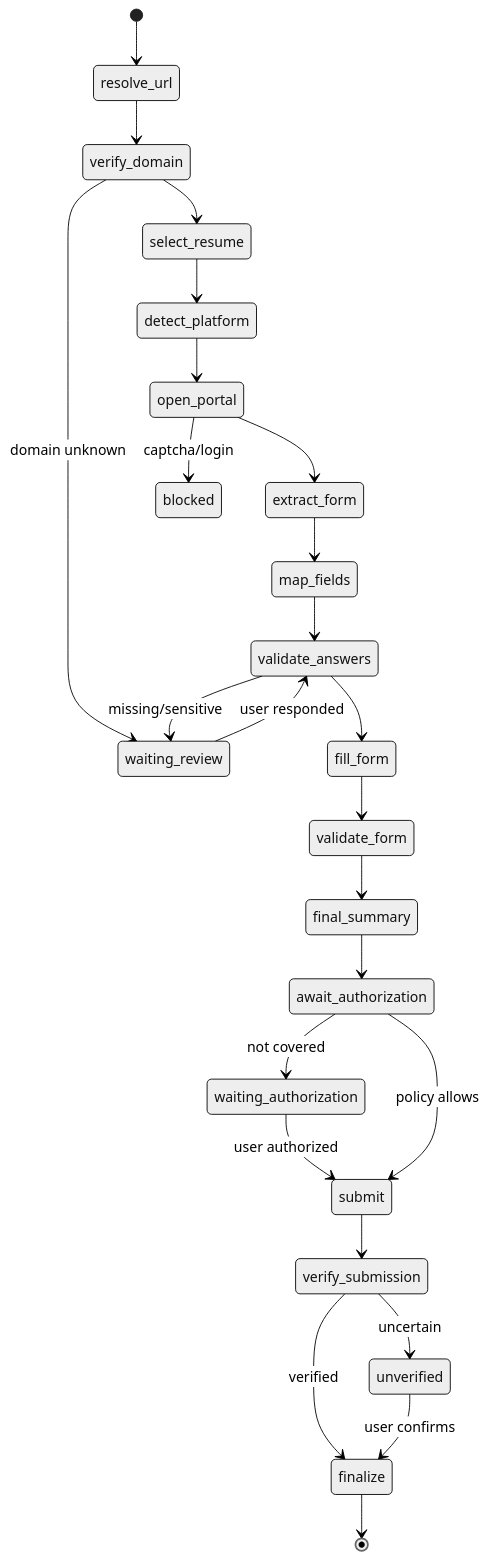
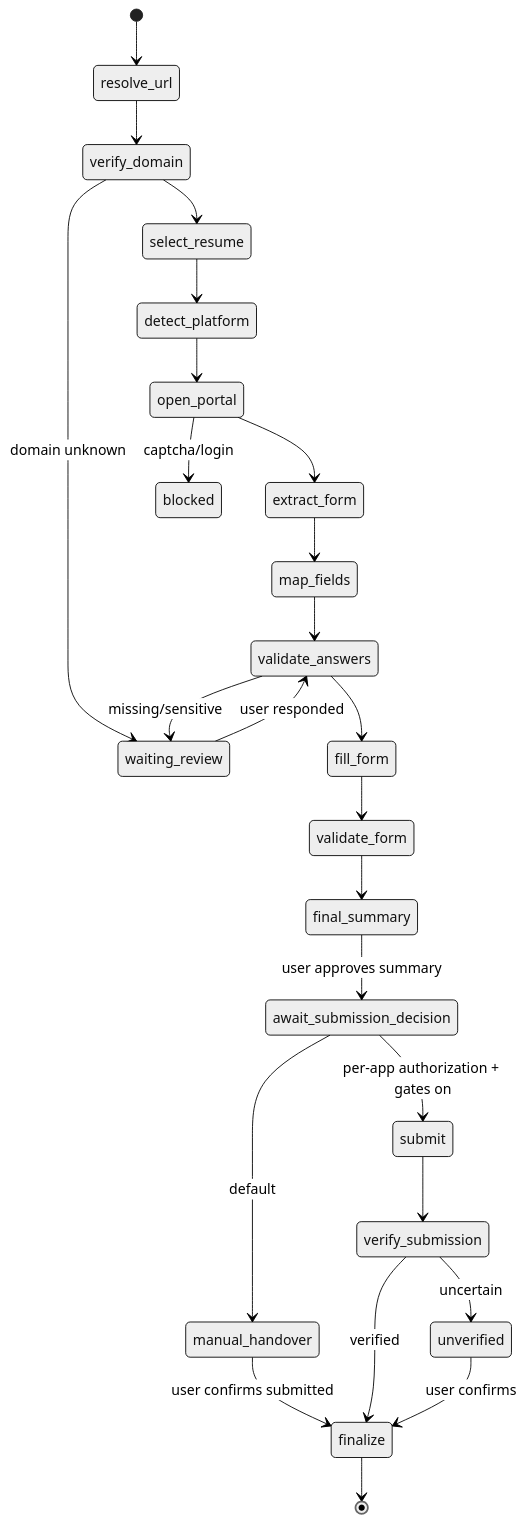
One commit to Ishaan488/career-copilot changed the diagram in docs/10-workflows-state-machines.md. Above: the diagram before and after it, drawn with Mermaid (neutral theme). The commit also changed other lines of this file and 20 other files, not shown here.

````diff
--- a/docs/10-workflows-state-machines.md
+++ b/docs/10-workflows-state-machines.md
@@ -107,27 +125,27 @@
 ```mermaid
 stateDiagram-v2
   [*] --> resolve_url
   resolve_url --> verify_domain
   verify_domain --> select_resume
   verify_domain --> waiting_review: domain unknown
   select_resume --> detect_platform
   detect_platform --> open_portal
   open_portal --> extract_form
   open_portal --> blocked: captcha/login
   extract_form --> map_fields
   map_fields --> validate_answers
   validate_answers --> waiting_review: missing/sensitive
   waiting_review --> validate_answers: user responded
   validate_answers --> fill_form
   fill_form --> validate_form
   validate_form --> final_summary
-  final_summary --> await_authorization
-  await_authorization --> waiting_authorization: not covered
-  waiting_authorization --> submit: user authorized
-  await_authorization --> submit: policy allows
+  final_summary --> await_submission_decision: user approves summary
+  await_submission_decision --> manual_handover: default
+  manual_handover --> finalize: user confirms submitted
+  await_submission_decision --> submit: per-app authorization + gates on
   submit --> verify_submission
   verify_submission --> finalize: verified
   verify_submission --> unverified: uncertain
   unverified --> finalize: user confirms
   finalize --> [*]
 ```
````
